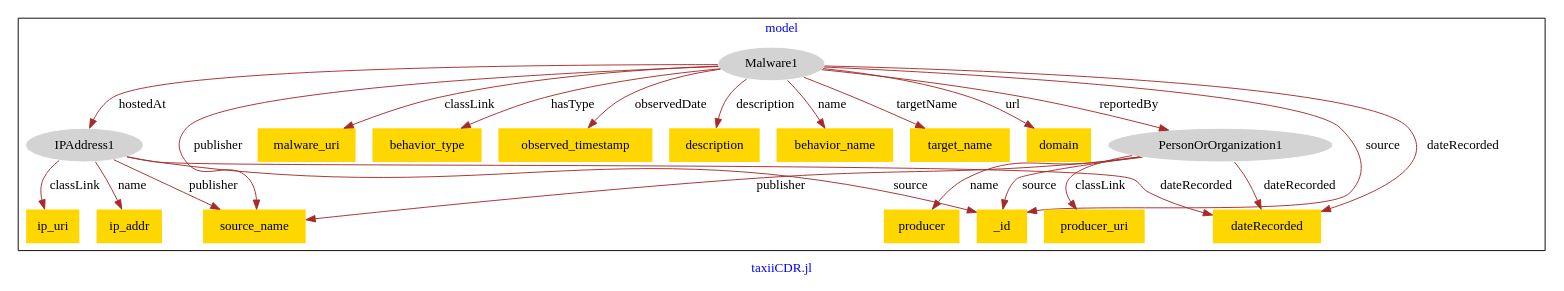
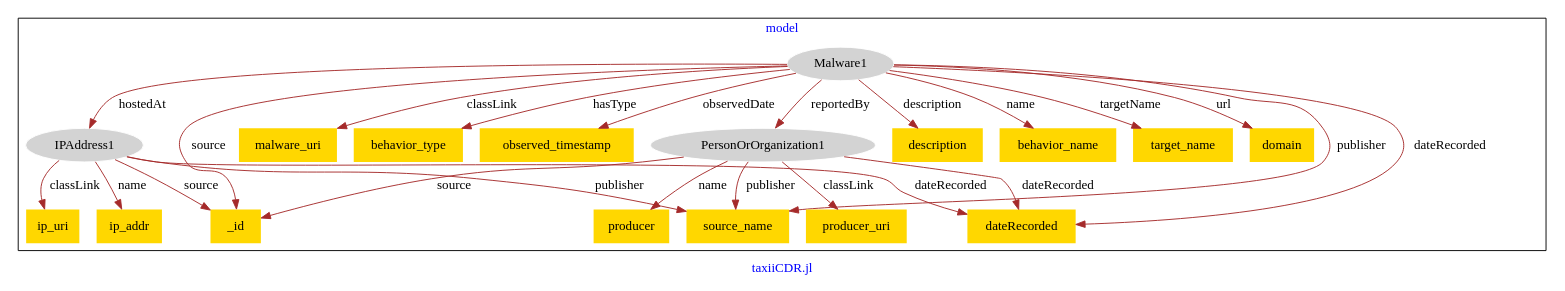
The diagram in models/hg-taxii/hg_taxii-model.dot (usc-isi-i2/effect-alignment), drawn with Graphviz before and after one commit.

Commit message:
Update file hg_taxii-model.dot

```diff
--- a/models/hg-taxii/hg_taxii-model.dot
+++ b/models/hg-taxii/hg_taxii-model.dot
@@ -1,47 +1,47 @@
 digraph n0 {
 fontcolor="blue"
 remincross="true"
 label="taxiiCDR.jl"
 subgraph cluster {
 label="model"
 n2[style="filled",color="white",fillcolor="lightgray",label="IPAddress1"];
 n3[shape="plaintext",style="filled",fillcolor="gold",label="ip_uri"];
 n4[shape="plaintext",style="filled",fillcolor="gold",label="ip_addr"];
-n5[shape="plaintext",style="filled",fillcolor="gold",label="source_name"];
+n5[shape="plaintext",style="filled",fillcolor="gold",label="_id"];
 n6[style="filled",color="white",fillcolor="lightgray",label="Malware1"];
 n7[shape="plaintext",style="filled",fillcolor="gold",label="malware_uri"];
 n8[shape="plaintext",style="filled",fillcolor="gold",label="behavior_type"];
 n9[shape="plaintext",style="filled",fillcolor="gold",label="observed_timestamp"];
-n10[shape="plaintext",style="filled",fillcolor="gold",label="description"];
-n11[shape="plaintext",style="filled",fillcolor="gold",label="behavior_name"];
-n12[shape="plaintext",style="filled",fillcolor="gold",label="target_name"];
-n13[shape="plaintext",style="filled",fillcolor="gold",label="domain"];
-n14[style="filled",color="white",fillcolor="lightgray",label="PersonOrOrganization1"];
+n10[style="filled",color="white",fillcolor="lightgray",label="PersonOrOrganization1"];
+n11[shape="plaintext",style="filled",fillcolor="gold",label="description"];
+n12[shape="plaintext",style="filled",fillcolor="gold",label="behavior_name"];
+n13[shape="plaintext",style="filled",fillcolor="gold",label="target_name"];
+n14[shape="plaintext",style="filled",fillcolor="gold",label="domain"];
 n15[shape="plaintext",style="filled",fillcolor="gold",label="producer_uri"];
 n16[shape="plaintext",style="filled",fillcolor="gold",label="dateRecorded"];
 n17[shape="plaintext",style="filled",fillcolor="gold",label="producer"];
-n18[shape="plaintext",style="filled",fillcolor="gold",label="_id"];
+n18[shape="plaintext",style="filled",fillcolor="gold",label="source_name"];
 }
 n2 -> n3[color="brown",fontcolor="black",label="classLink"]
 n2 -> n4[color="brown",fontcolor="black",label="name"]
-n2 -> n5[color="brown",fontcolor="black",label="publisher"]
+n2 -> n5[color="brown",fontcolor="black",label="source"]
 n6 -> n7[color="brown",fontcolor="black",label="classLink"]
 n6 -> n8[color="brown",fontcolor="black",label="hasType"]
 n6 -> n9[color="brown",fontcolor="black",label="observedDate"]
-n6 -> n10[color="brown",fontcolor="black",label="description"]
-n6 -> n11[color="brown",fontcolor="black",label="name"]
-n6 -> n5[color="brown",fontcolor="black",label="publisher"]
-n6 -> n12[color="brown",fontcolor="black",label="targetName"]
-n6 -> n13[color="brown",fontcolor="black",label="url"]
-n14 -> n15[color="brown",fontcolor="black",label="classLink"]
-n14 -> n16[color="brown",fontcolor="black",label="dateRecorded"]
-n14 -> n17[color="brown",fontcolor="black",label="name"]
-n14 -> n5[color="brown",fontcolor="black",label="publisher"]
-n14 -> n18[color="brown",fontcolor="black",label="source"]
-n6 -> n14[color="brown",fontcolor="black",label="reportedBy"]
-n6 -> n18[color="brown",fontcolor="black",label="source"]
-n6 -> n2[color="brown",fontcolor="black",label="hostedAt"]
+n6 -> n10[color="brown",fontcolor="black",label="reportedBy"]
+n6 -> n11[color="brown",fontcolor="black",label="description"]
+n6 -> n12[color="brown",fontcolor="black",label="name"]
+n6 -> n13[color="brown",fontcolor="black",label="targetName"]
+n6 -> n14[color="brown",fontcolor="black",label="url"]
+n10 -> n15[color="brown",fontcolor="black",label="classLink"]
+n10 -> n16[color="brown",fontcolor="black",label="dateRecorded"]
+n10 -> n17[color="brown",fontcolor="black",label="name"]
+n10 -> n18[color="brown",fontcolor="black",label="publisher"]
+n10 -> n5[color="brown",fontcolor="black",label="source"]
+n6 -> n5[color="brown",fontcolor="black",label="source"]
+n6 -> n18[color="brown",fontcolor="black",label="publisher"]
 n2 -> n16[color="brown",fontcolor="black",label="dateRecorded"]
 n6 -> n16[color="brown",fontcolor="black",label="dateRecorded"]
-n2 -> n18[color="brown",fontcolor="black",label="source"]
+n6 -> n2[color="brown",fontcolor="black",label="hostedAt"]
+n2 -> n18[color="brown",fontcolor="black",label="publisher"]
 }
```
